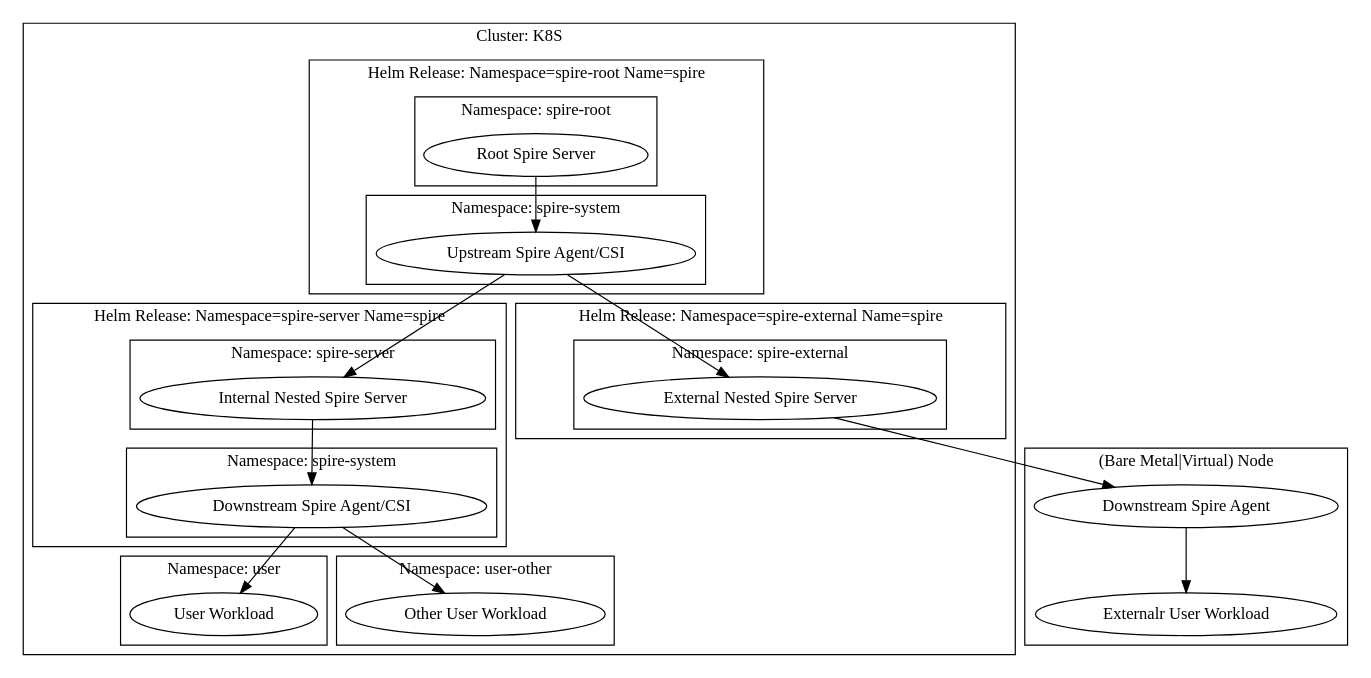
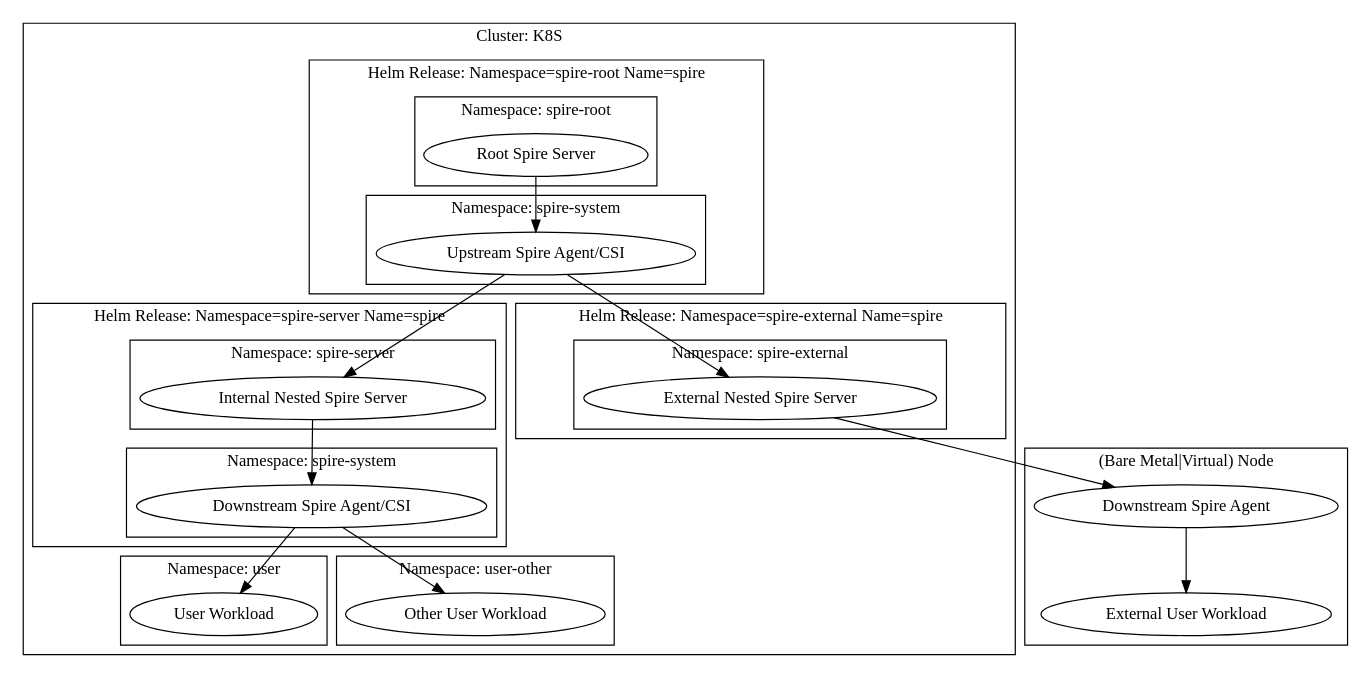
Before and after one commit to spiffe/helm-charts-hardened: the diagram in examples/nested/singlehardened.dot, drawn with Graphviz. The commit also changed 1 other file, not shown here.

```diff
--- a/examples/nested/singlehardened.dot
+++ b/examples/nested/singlehardened.dot
@@ -1,55 +1,55 @@
 digraph G {
   subgraph cluster_baremetal {
      label="(Bare Metal|Virtual) Node"
     spireDownstreamAgent3 [label="Downstream Spire Agent"];
-    userWorkload3 [label="Externalr User Workload"];
+    userWorkload3 [label="External User Workload"];
   }
   subgraph cluster_k8s {
     label="Cluster: K8S";
     subgraph cluster_root_release {
       label="Helm Release: Namespace=spire-root Name=spire";
       subgraph cluster_ns_root {
         label="Namespace: spire-root"
         spireRoot [label="Root Spire Server"];
       }
       subgraph cluster_ns_1_system {
         label="Namespace: spire-system"
         spireUpstreamAgent1 [label="Upstream Spire Agent/CSI"];
       }
     }
     subgraph cluster_nested1_release {
       label="Helm Release: Namespace=spire-server Name=spire"
       subgraph cluster_ns_nested_server {
         label="Namespace: spire-server";
         spireServerNested1 [label="Internal Nested Spire Server"];
       }
       subgraph cluster_ns_nested_system {
         label="Namespace: spire-system";
         spireDownstreamAgent1 [label="Downstream Spire Agent/CSI"];
       }
     }
     subgraph cluster_ns_nested_system {
       label="Namespace: user";
       userWorkload1 [label="User Workload"];
     }
     subgraph cluster_ns_nested2_system {
       label="Namespace: user-other";
       userWorkload2 [label="Other User Workload"];
     }
     subgraph cluster_nested3_release {
       label="Helm Release: Namespace=spire-external Name=spire"
       subgraph cluster_ns_nested2_system {
         label="Namespace: spire-external";
         spireServerNested2 [label="External Nested Spire Server"];
       }
     }
     spireRoot -> spireUpstreamAgent1;
     spireUpstreamAgent1 -> spireServerNested1;
     spireServerNested1 -> spireDownstreamAgent1;
     spireDownstreamAgent1 -> userWorkload1;
     spireDownstreamAgent1 -> userWorkload2;
     spireUpstreamAgent1 -> spireServerNested2;
     spireServerNested2 -> spireDownstreamAgent3;
     spireDownstreamAgent3 -> userWorkload3;
   }
 }
```
